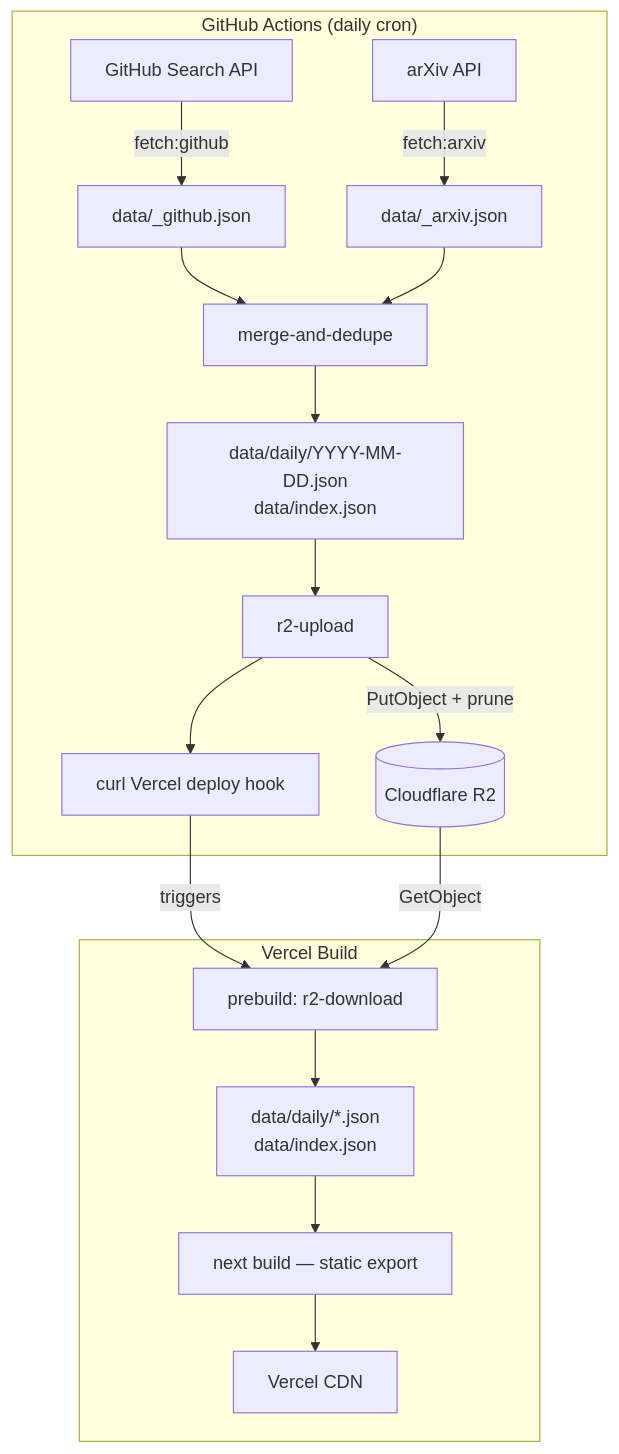
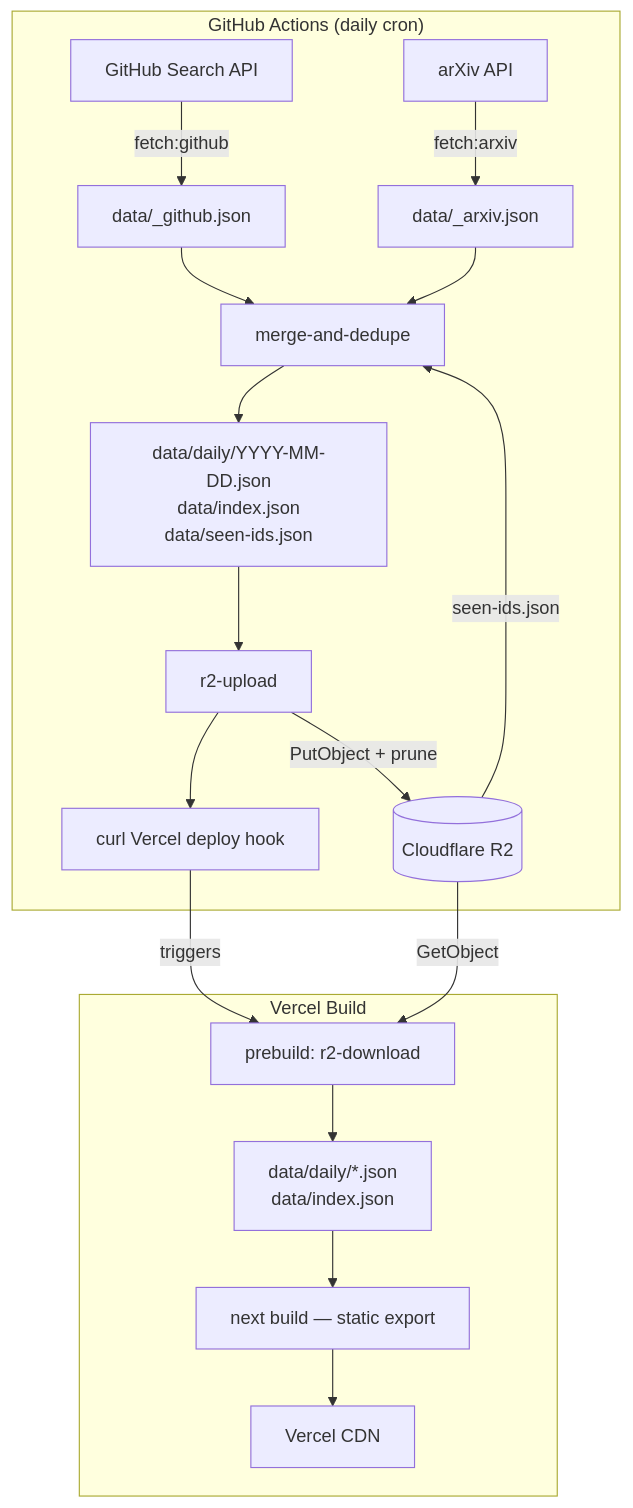
One commit to Leonui/ChipFeed changed the diagram in docs/ARCHITECTURE.md. Above: the diagram before and after it, drawn with Mermaid. The commit also changed other lines of this file, not shown here.

Commit message:
docs: Update ARCHITECTURE.md with cross-day deduplication details

````diff
--- a/docs/ARCHITECTURE.md
+++ b/docs/ARCHITECTURE.md
@@ -7,21 +7,22 @@
 ```mermaid
 flowchart TD
     subgraph "GitHub Actions (daily cron)"
         A[GitHub Search API] -->|fetch:github| C[data/_github.json]
         B[arXiv API] -->|fetch:arxiv| D[data/_arxiv.json]
         C --> E[merge-and-dedupe]
         D --> E
-        E --> F[data/daily/YYYY-MM-DD.json\ndata/index.json]
+        H -->|seen-ids.json| E
+        E --> F[data/daily/YYYY-MM-DD.json\ndata/index.json\ndata/seen-ids.json]
         F --> G[r2-upload]
         G -->|PutObject + prune| H[(Cloudflare R2)]
         G --> I[curl Vercel deploy hook]
     end
 
     subgraph "Vercel Build"
         I -->|triggers| J[prebuild: r2-download]
         H -->|GetObject| J
         J --> K[data/daily/*.json\ndata/index.json]
         K --> L[next build — static export]
         L --> M[Vercel CDN]
     end
 ```
````
